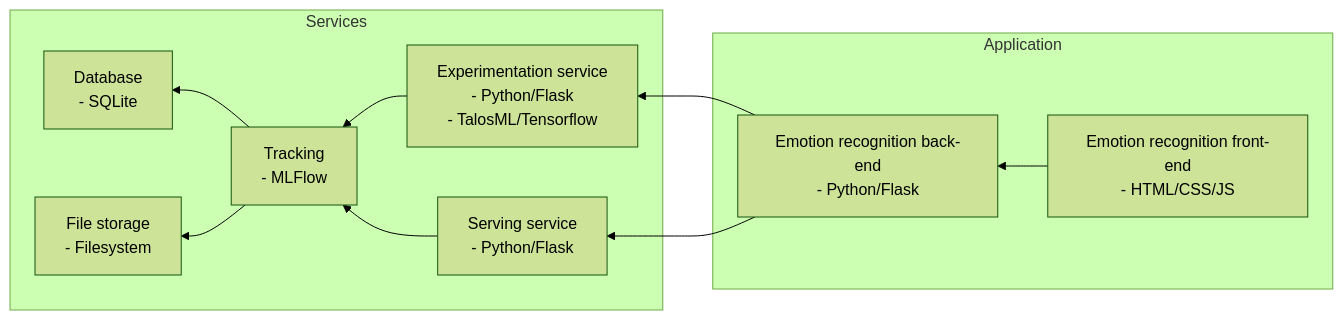
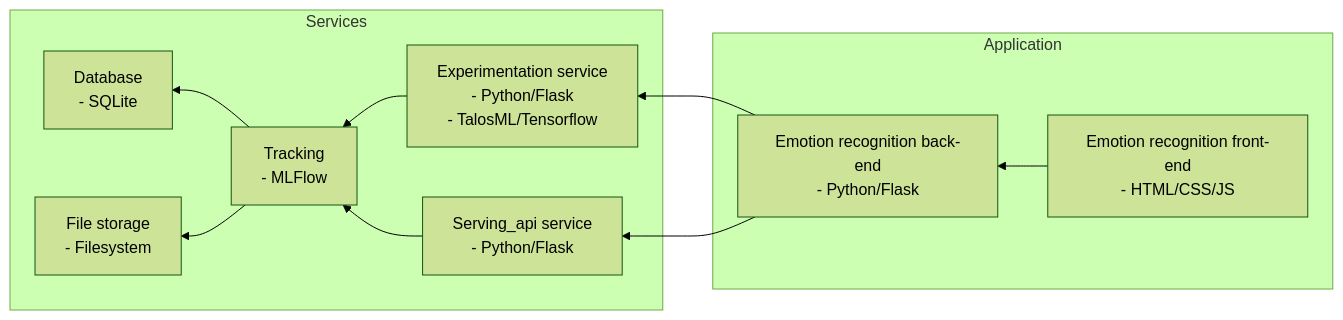
The diagram in README.md (Research-Center-Data-Intelligence/CHIMP), drawn with Mermaid (forest theme) before and after one commit. The commit also changed other lines of this file, not shown here.

Commit message:
renamed serving fully

````diff
--- a/README.md
+++ b/README.md
@@ -25,15 +25,15 @@
 ```mermaid
 graph RL
 ;
     subgraph Application
         afe[Emotion recognition front-end<br/>- HTML/CSS/JS] --> abe[Emotion recognition back-end<br/>- Python/Flask];
     end
     abe --> exp[Experimentation service<br/>- Python/Flask<br/>- TalosML/Tensorflow];
-    abe --> srv[Serving service<br/>- Python/Flask];
+    abe --> srv[Serving_api service<br/>- Python/Flask];
     subgraph Services
         exp --> mlf[Tracking<br/>- MLFlow];
         srv --> mlf;
         mlf --> db[Database<br/>- SQLite];
         mlf --> fs[File storage<br/>- Filesystem];
     end
 ```
````
